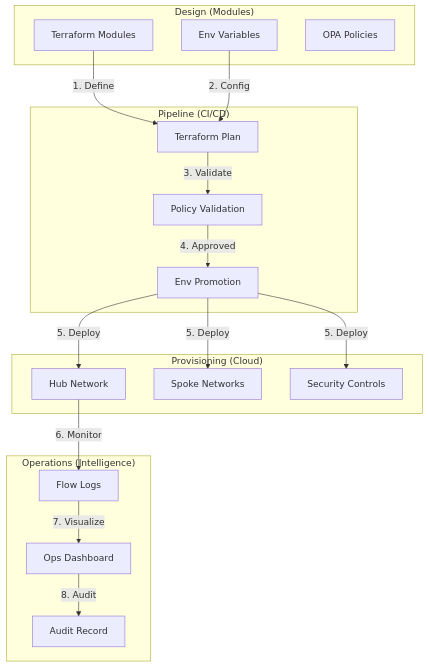
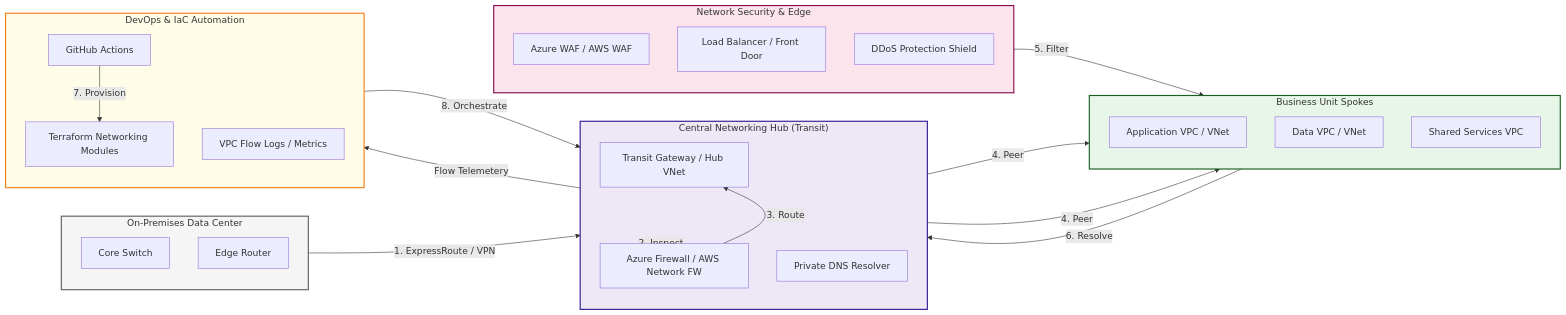
One commit to Devopstrio/terraform-enterprise-networking changed the first of 11 diagrams in README.md. Above: the diagram before and after it, drawn with Mermaid. The commit also changed other lines of this file, not shown here.

Commit message:
docs: implement 11+ professional architecture diagrams for enterprise networking

````diff
--- a/README.md
+++ b/README.md
@@ -45,37 +35,65 @@
 ```mermaid
-graph TD
-    subgraph "Design (Modules)"
-        HCL[Terraform Modules]
-        Vars[Env Variables]
-        Policy[OPA Policies]
+graph LR
+    %% Subgraph Definitions
+    subgraph OnPrem["On-Premises Data Center"]
+        direction TB
+        Core[Core Switch]
+        Edge[Edge Router]
     end
 
-    subgraph "Pipeline (CI/CD)"
-        Plan[Terraform Plan]
-        Val[Policy Validation]
-        Prom[Env Promotion]
+    subgraph HubNetwork["Central Networking Hub (Transit)"]
+        direction TB
+        TGW[Transit Gateway / Hub VNet]
+        FW[Azure Firewall / AWS Network FW]
+        DNS[Private DNS Resolver]
     end
 
-    subgraph "Provisioning (Cloud)"
-        Hub[Hub Network]
-        Spoke[Spoke Networks]
-        Sec[Security Controls]
+    subgraph SpokeNetworks["Business Unit Spokes"]
+        direction TB
+        AppSpoke[Application VPC / VNet]
+        DataSpoke[Data VPC / VNet]
+        SharedSpoke[Shared Services VPC]
     end
 
-    subgraph "Operations (Intelligence)"
-        Flow[Flow Logs]
-        Dash[Ops Dashboard]
-        Audit[Audit Record]
+    subgraph SecurityPerimeter["Network Security & Edge"]
+        direction TB
+        WAF[Azure WAF / AWS WAF]
+        LB[Load Balancer / Front Door]
+        Shield[DDoS Protection Shield]
     end
 
-    HCL -->|1. Define| Plan
-    Vars -->|2. Config| Plan
-    Plan -->|3. Validate| Val
-    Val -->|4. Approved| Prom
-    Prom -->|5. Deploy| Hub
-    Prom -->|5. Deploy| Spoke
-    Prom -->|5. Deploy| Sec
-    Hub -->|6. Monitor| Flow
-    Flow -->|7. Visualize| Dash
-    Dash -->|8. Audit| Audit
+    subgraph DevOps["DevOps & IaC Automation"]
+        direction TB
+        GH[GitHub Actions]
+        TF[Terraform Networking Modules]
+        Monitor[VPC Flow Logs / Metrics]
+    end
+
+    %% Flow Arrows
+    Edge -->|1. ExpressRoute / VPN| HubNetwork
+    HubNetwork -->|2. Inspect| FW
+    FW -->|3. Route| TGW
+    TGW -->|4. Peer| AppSpoke
+    TGW -->|4. Peer| DataSpoke
+    
+    SecurityPerimeter -->|5. Filter| AppSpoke
+    AppSpoke -->|6. Resolve| DNS
+    
+    GH -->|7. Provision| TF
+    TF -->|8. Orchestrate| HubNetwork
+    
+    HubNetwork -->|Flow Telemetery| Monitor
+
+    %% Styling
+    classDef onprem fill:#f5f5f5,stroke:#616161,stroke-width:2px;
+    classDef hub fill:#ede7f6,stroke:#311b92,stroke-width:2px;
+    classDef spoke fill:#e8f5e9,stroke:#1b5e20,stroke-width:2px;
+    classDef security fill:#fce4ec,stroke:#880e4f,stroke-width:2px;
+    classDef devops fill:#fffde7,stroke:#f57f17,stroke-width:2px;
+
+    class OnPrem onprem;
+    class HubNetwork hub;
+    class SpokeNetworks spoke;
+    class SecurityPerimeter security;
+    class DevOps devops;
 ```
````
